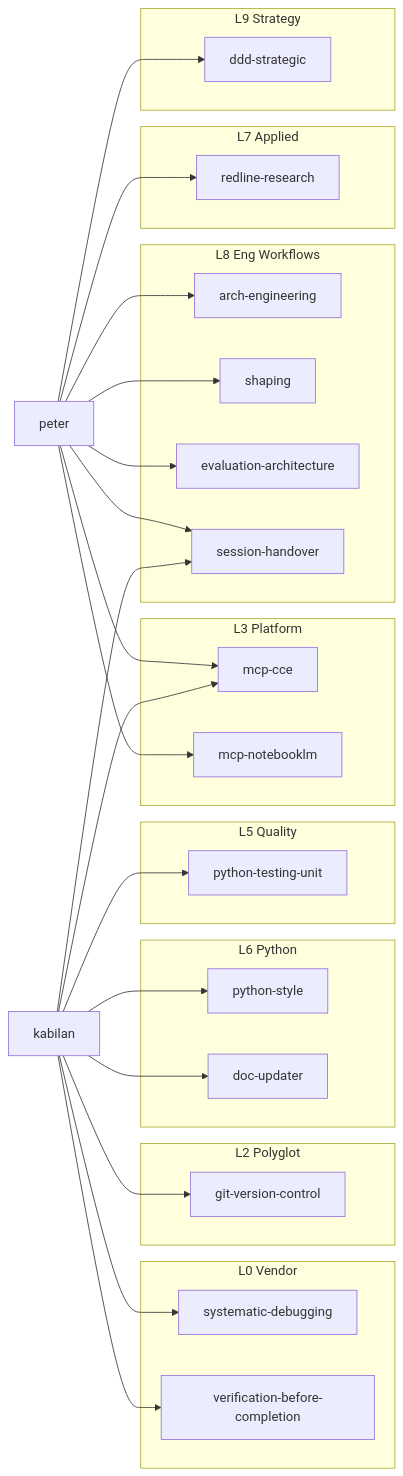
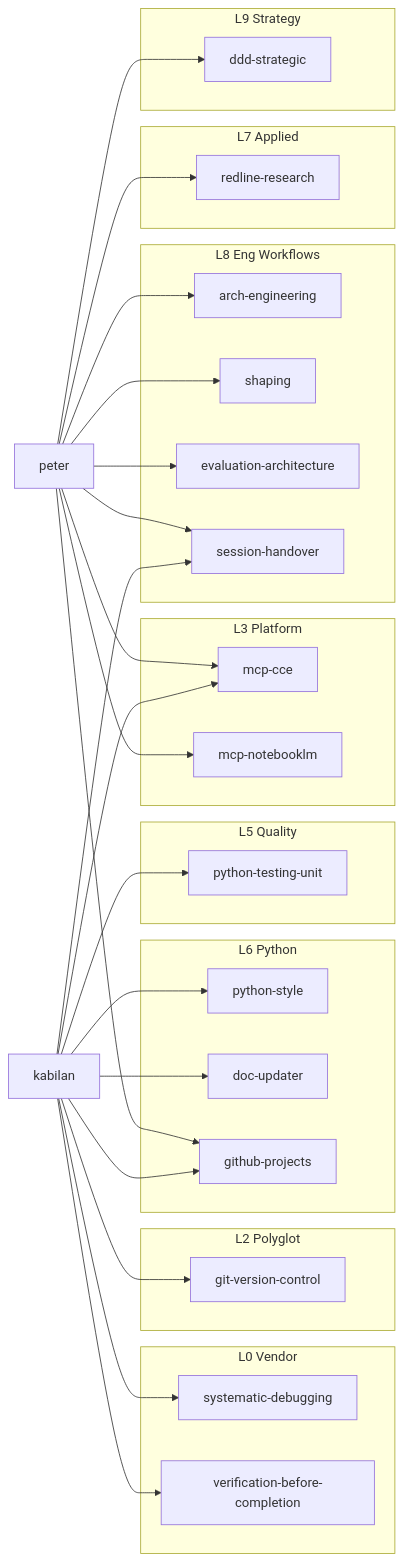
Before and after one commit to redmarklogic/redline: the first of 3 diagrams in docs/architecture/skills-architecture.md, drawn with Mermaid. The commit also changed other lines of this file and 19 other files, not shown here.

````diff
--- a/docs/architecture/skills-architecture.md
+++ b/docs/architecture/skills-architecture.md
@@ -276,61 +278,64 @@
 ```mermaid
 graph LR
     kab[kabilan]
     pet[peter]
 
     subgraph L0[L0 Vendor]
         sysd[systematic-debugging]
         vbc[verification-before-completion]
     end
 
     subgraph L2[L2 Polyglot]
         gvc[git-version-control]
     end
 
     subgraph L3[L3 Platform]
         cce[mcp-cce]
         nlm[mcp-notebooklm]
     end
 
     subgraph L5[L5 Quality]
         ptu[python-testing-unit]
     end
 
     subgraph L6[L6 Python]
         pst[python-style]
         du[doc-updater]
+        ghp[github-projects]
     end
 
     subgraph L7[L7 Applied]
         rr[redline-research]
     end
 
     subgraph L8[L8 Eng Workflows]
         ae[arch-engineering]
         shp[shaping]
         evl[evaluation-architecture]
         sh[session-handover]
     end
 
     subgraph L9[L9 Strategy]
         ddd[ddd-strategic]
     end
 
     kab --> pst
     kab --> ptu
     kab --> sysd
     kab --> gvc
     kab --> du
     kab --> vbc
     kab --> cce
     kab --> sh
+    kab --> ghp
 
     pet --> ae
     pet --> shp
     pet --> evl
     pet --> ddd
     pet --> rr
     pet --> nlm
     pet --> cce
     pet --> sh
+    pet --> ghp
 ```
````
